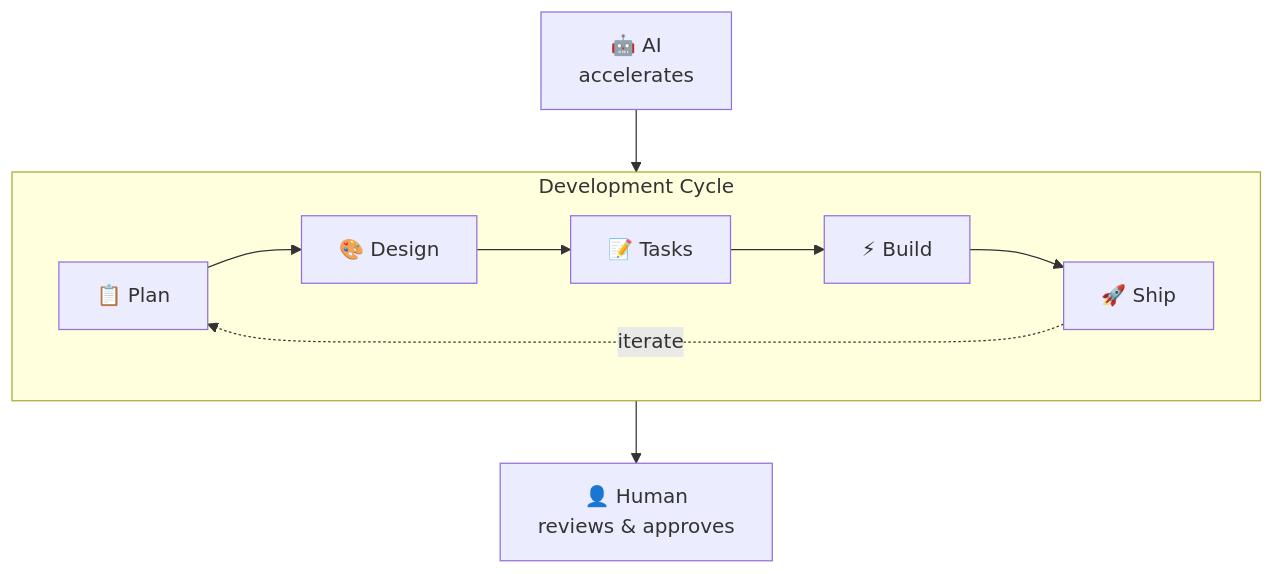
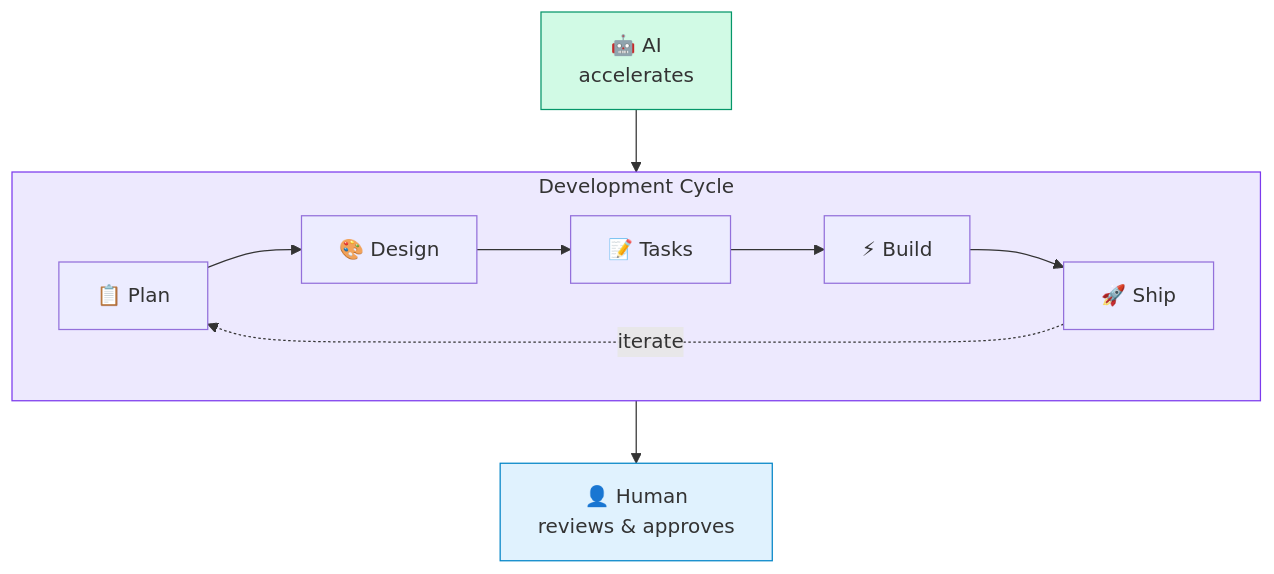
Before and after one commit to cliangdev/specflux: the diagram in README.md, drawn with Mermaid. The commit also changed 1 other file, not shown here.

Commit message:
docs: add colors to mermaid diagrams
Color scheme:
- Purple: SpecFlux/App components
- Blue: Backend/Human
- Green: AI/Execute
- Yellow/Orange: Design/Injection/External
- Gray: Local system

🤖 Generated with [Claude Code](https://claude.com/claude-code)

````diff
--- a/README.md
+++ b/README.md
@@ -27,12 +27,16 @@
 ```mermaid
 flowchart TB
     subgraph Cycle ["Development Cycle"]
         direction LR
         Plan["📋 Plan"] --> Design["🎨 Design"] --> Tasks["📝 Tasks"] --> Build["⚡ Build"] --> Ship["🚀 Ship"]
     end
 
     Ship -.->|iterate| Plan
 
     AI["🤖 AI<br/>accelerates"] --> Cycle
     Cycle --> Human["👤 Human<br/>reviews & approves"]
+
+    style Cycle fill:#ede9fe,stroke:#7c3aed
+    style AI fill:#d1fae5,stroke:#059669
+    style Human fill:#e0f2fe,stroke:#0284c7
 ```
````
